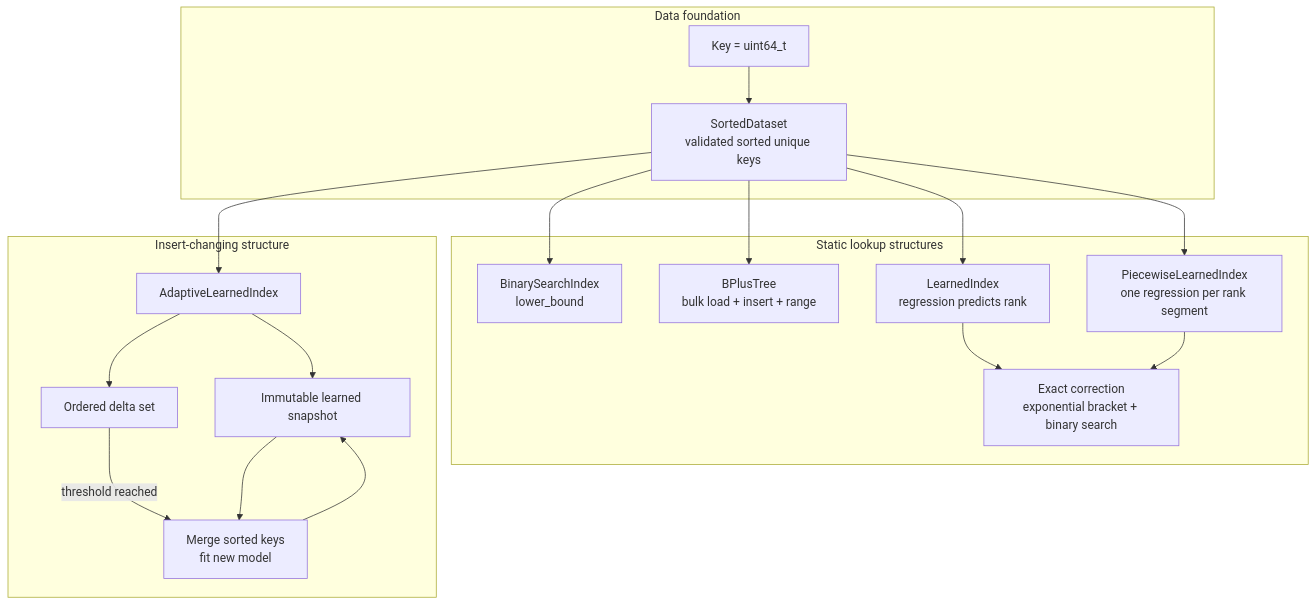
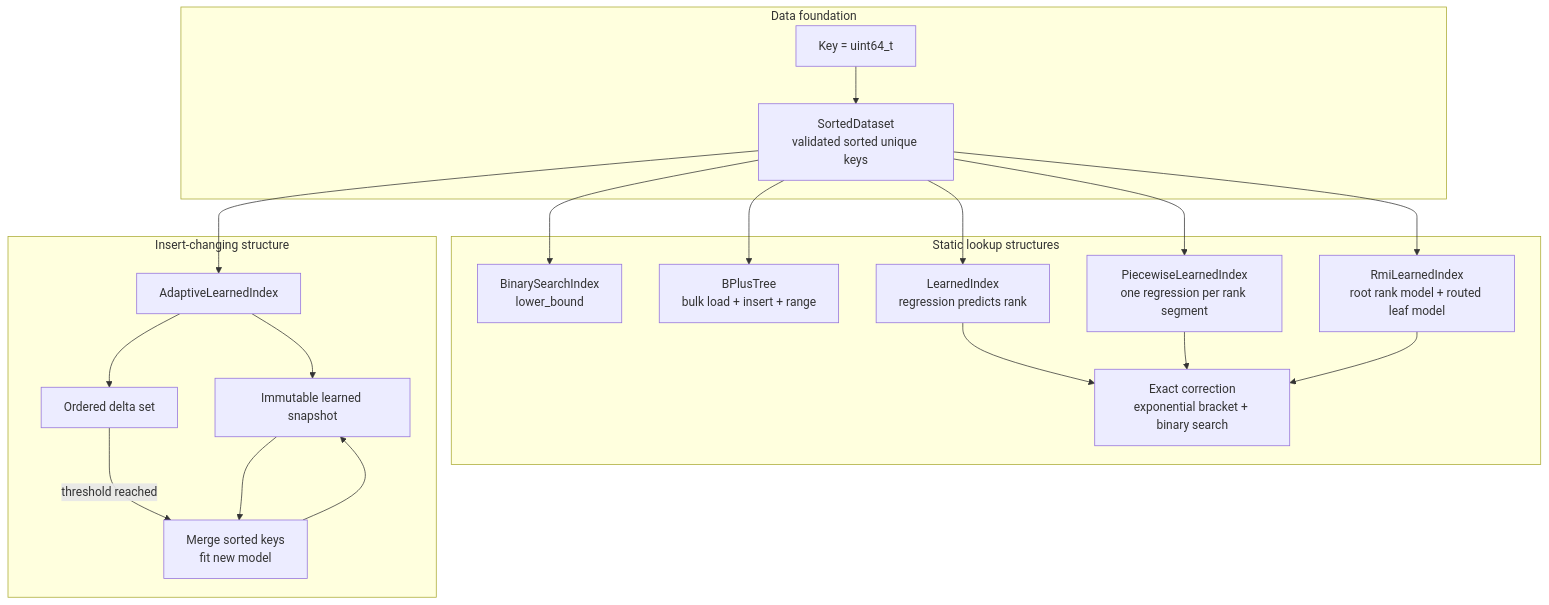
The first of 3 diagrams in docs/architecture.md (ratneshsingh-dul/concurrent-learned-index), drawn with Mermaid before and after one commit. The commit also changed other lines of this file and 2 other files, not shown here.

Commit message:
Document initial RMI implementation and limits

````diff
--- a/docs/architecture.md
+++ b/docs/architecture.md
@@ -10,33 +10,36 @@
 ```mermaid
 flowchart TB
     subgraph Data[Data foundation]
       K[Key = uint64_t]
       SD[SortedDataset<br/>validated sorted unique keys]
     end
     subgraph Static[Static lookup structures]
       BS[BinarySearchIndex<br/>lower_bound]
       BT[BPlusTree<br/>bulk load + insert + range]
       LI[LearnedIndex<br/>regression predicts rank]
       PLI[PiecewiseLearnedIndex<br/>one regression per rank segment]
+      RMI[RmiLearnedIndex<br/>root rank model + routed leaf model]
       EC[Exact correction<br/>exponential bracket + binary search]
     end
     subgraph Mutable[Insert-changing structure]
       ALI[AdaptiveLearnedIndex]
       BASE[Immutable learned snapshot]
       DELTA[Ordered delta set]
       MERGE[Merge sorted keys<br/>fit new model]
     end
     K --> SD
     SD --> BS
     SD --> BT
     SD --> LI
     LI --> EC
     SD --> PLI
     PLI --> EC
+    SD --> RMI
+    RMI --> EC
     SD --> ALI
     ALI --> BASE
     ALI --> DELTA
     DELTA -->|threshold reached| MERGE
     BASE --> MERGE
     MERGE --> BASE
 ```
````
